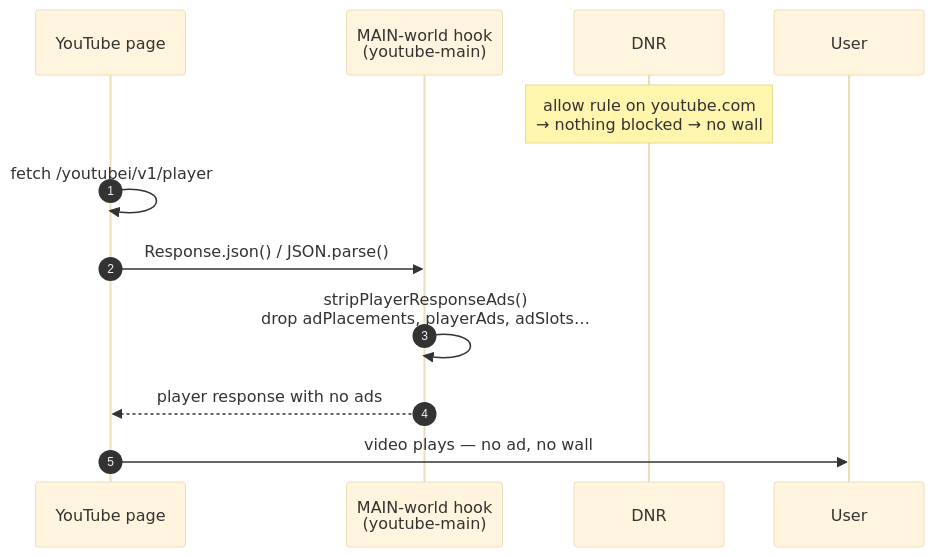
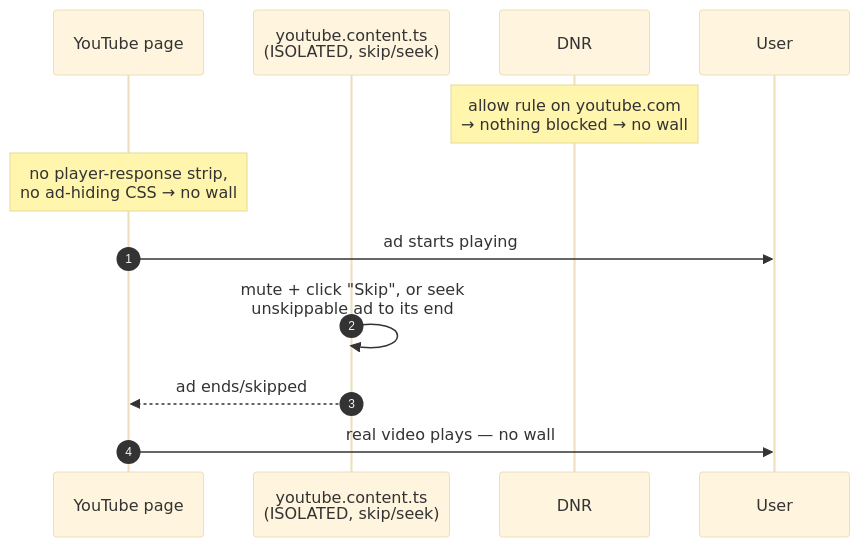
Before and after one commit to brcassiano/full-blocker: the second of 3 diagrams in README.md, drawn with Mermaid (base theme). The commit also changed other lines of this file and 6 other files, not shown here.

First line of the commit message:
fix(youtube): drop ad strip & player CSS that triggered anti-adblock wall

````diff
--- a/README.md
+++ b/README.md
@@ -75,15 +77,15 @@
 ```mermaid
 sequenceDiagram
   autonumber
   participant P as YouTube page
-  participant M as MAIN-world hook<br/>(youtube-main)
+  participant C as youtube.content.ts<br/>(ISOLATED, skip/seek)
   participant N as DNR
   participant U as User
 
   Note over N: allow rule on youtube.com<br/>→ nothing blocked → no wall
-  P->>P: fetch /youtubei/v1/player
-  P->>M: Response.json() / JSON.parse()
-  M->>M: stripPlayerResponseAds()<br/>drop adPlacements, playerAds, adSlots…
-  M-->>P: player response with no ads
-  P->>U: video plays — no ad, no wall
+  Note over P: no player-response strip,<br/>no ad-hiding CSS → no wall
+  P->>U: ad starts playing
+  C->>C: mute + click "Skip", or seek<br/>unskippable ad to its end
+  C-->>P: ad ends/skipped
+  P->>U: real video plays — no wall
 ```
````
